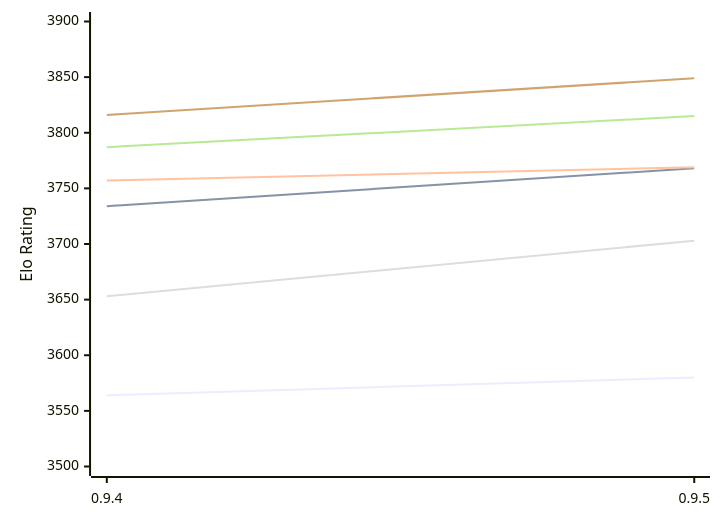
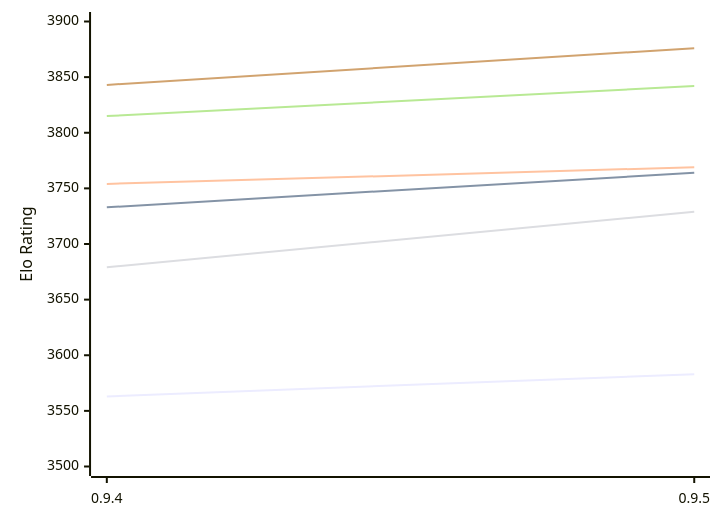
The first of 2 diagrams in engines/Coda.md (computer-chess-index/cci), drawn with Mermaid before and after one commit. The commit also changed other lines of this file, not shown here.

Commit message:
Update CCI Ratings (ELO VLTC) - 2026-11-04

````diff
--- a/engines/Coda.md
+++ b/engines/Coda.md
@@ -52,12 +52,12 @@
 ```mermaid
 %%{init: {"theme":"base","themeVariables":{"seriesColors:['#a3a3a3','#222221','#faa371']}}}%%
 xychart-beta
   x-axis ["0.9.4", "0.9.5"]
   y-axis "Elo Rating" 3500 --> 3900
-  line "E1: STC (8.0+0.08s)" [3564, 3580]
-  line "E1: LTC (60.0+0.60s)" [3734, 3768]
-  line "E1: VLTC (2m24s+1.12s)" [3757, 3769]
-  line "P1: STC (8.0+0.08s)" [3653, 3703]
-  line "P1: LTC (60.0+0.60s)" [3787, 3815]
-  line "P1: VLTC (2m24s+1.12s)" [3816, 3849]
+  line "E1: STC (8.0+0.08s)" [3563, 3583]
+  line "E1: LTC (60.0+0.60s)" [3733, 3764]
+  line "E1: VLTC (2m24s+1.12s)" [3754, 3769]
+  line "P1: STC (8.0+0.08s)" [3679, 3729]
+  line "P1: LTC (60.0+0.60s)" [3815, 3842]
+  line "P1: VLTC (2m24s+1.12s)" [3843, 3876]
 ```
````
